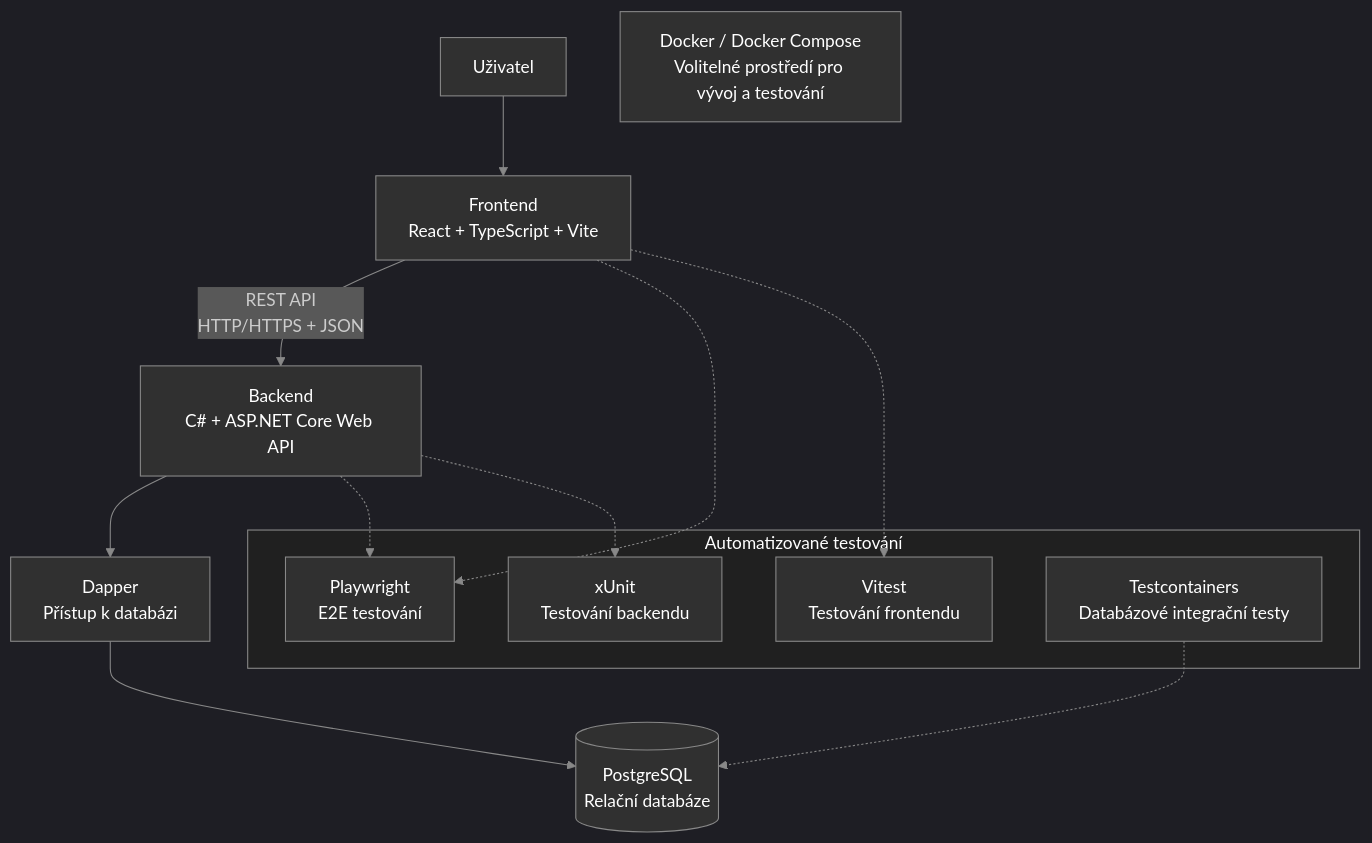
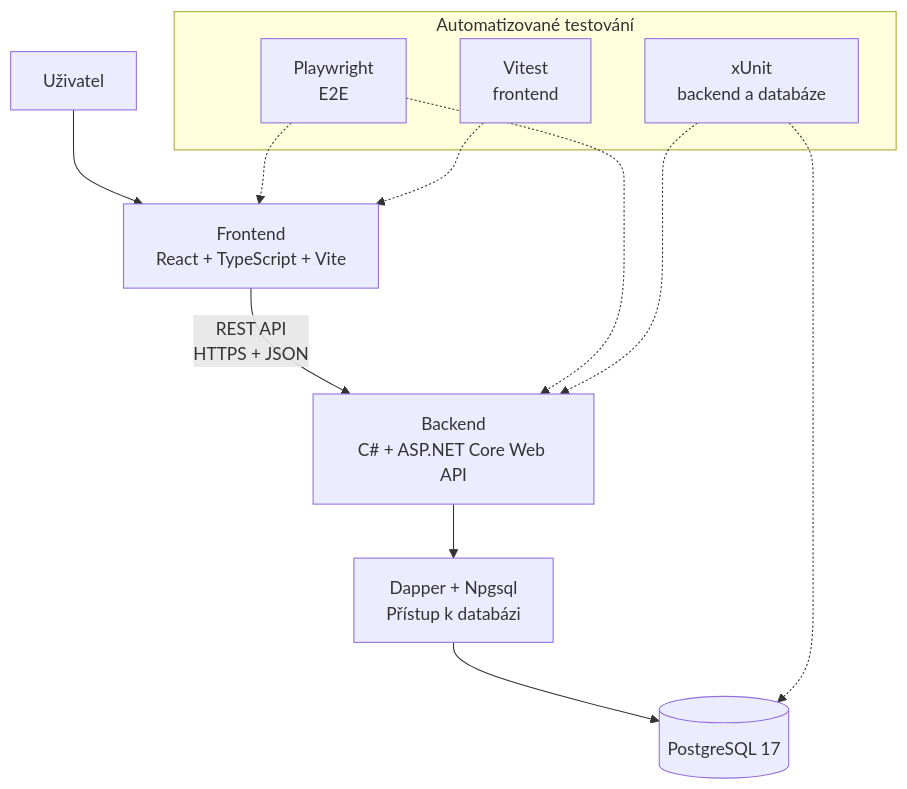
One commit to KulisciOsu/StudentFlow changed the diagram in documents/ELABORATION/TECHNOLOGICAL_DESIGN.md. Above: the diagram before and after it, drawn with Mermaid. The commit also changed other lines of this file, not shown here.

````diff
--- a/documents/ELABORATION/TECHNOLOGICAL_DESIGN.md
+++ b/documents/ELABORATION/TECHNOLOGICAL_DESIGN.md
@@ -32,46 +28,25 @@
 ```mermaid
-%%{init: {"theme": "dark", "themeVariables": {
-  "primaryColor": "#303030",
-  "primaryTextColor": "#ffffff",
-  "primaryBorderColor": "#888888",
-  "lineColor": "#888888",
-  "secondaryColor": "#303030",
-  "tertiaryColor": "#303030",
-  "clusterBkg": "#303030",
-  "clusterBorder": "#888888",
-  "background": "#0d1117"
-}}}%%
-
 flowchart TD
     U["Uživatel"]
     FE["Frontend<br/>React + TypeScript + Vite"]
     API["Backend<br/>C# + ASP.NET Core Web API"]
-    DB[("PostgreSQL<br/>Relační databáze")]
-    DAPPER["Dapper<br/>Přístup k databázi"]
+    DAPPER["Dapper + Npgsql<br/>Přístup k databázi"]
+    DB[("PostgreSQL 17")]
 
     U --> FE
-    FE -->|"REST API<br/>HTTP/HTTPS + JSON"| API
+    FE -->|"REST API<br/>HTTPS + JSON"| API
     API --> DAPPER
     DAPPER --> DB
 
     subgraph TESTS["Automatizované testování"]
-        PW["Playwright<br/>E2E testování"]
-        VITEST["Vitest<br/>Testování frontendu"]
-        XUNIT["xUnit<br/>Testování backendu"]
-        TC["Testcontainers<br/>Databázové integrační testy"]
+        PW["Playwright<br/>E2E"]
+        VITEST["Vitest<br/>frontend"]
+        XUNIT["xUnit<br/>backend a databáze"]
     end
 
-    FE -.-> PW
-    API -.-> PW
-    FE -.-> VITEST
-    API -.-> XUNIT
-    TC -.-> DB
-
-    DOCKER["Docker / Docker Compose<br/>Volitelné prostředí pro vývoj a testování"]
-
-    classDef default fill:#303030,color:#ffffff,stroke:#888888,stroke-width:1px;
-    classDef database fill:#303030,color:#ffffff,stroke:#888888,stroke-width:1px;
-    class DB database;
-    style TESTS fill:#202020,stroke:#888888,color:#ffffff
-    linkStyle default stroke:#888888,stroke-width:1px;
+    PW -.-> FE
+    PW -.-> API
+    VITEST -.-> FE
+    XUNIT -.-> API
+    XUNIT -.-> DB
 ```
````
